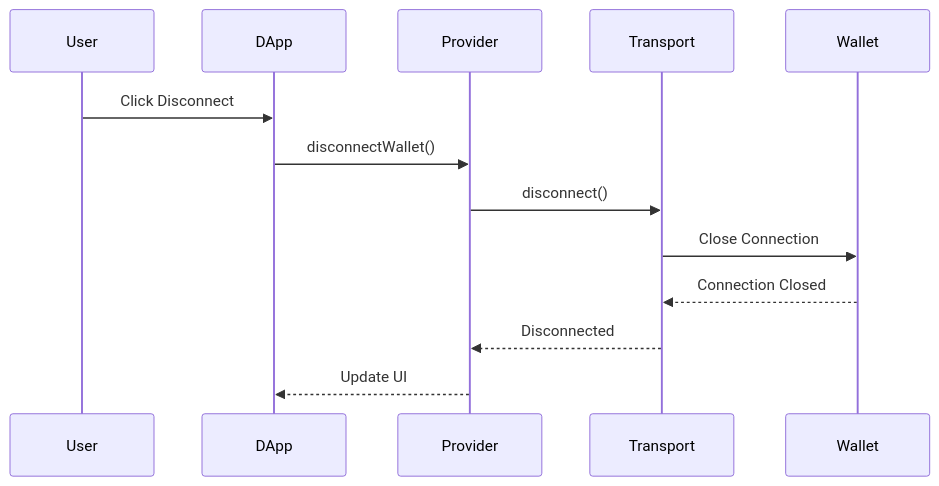
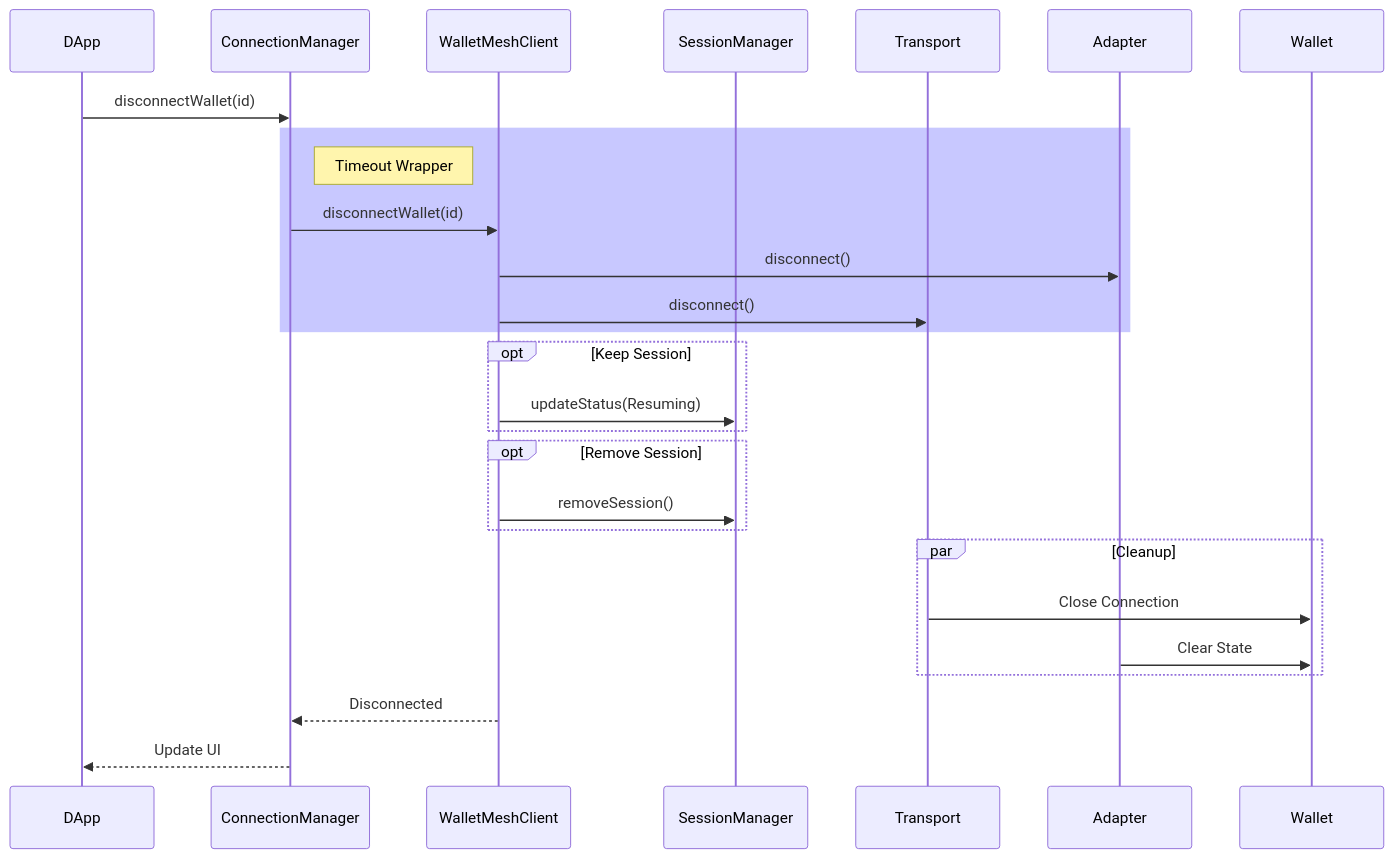
The third of 4 diagrams in core/modal/README.md (WalletMesh/walletmesh-packages), drawn with Mermaid before and after one commit. The commit also changed other lines of this file and 28 other files, not shown here.

Commit message:
fix(modal): Wallet session is resumed on page navigation or refresh

````diff
--- a/core/modal/README.md
+++ b/core/modal/README.md
@@ -90,16 +118,35 @@
 ```mermaid
 sequenceDiagram
-    participant User
     participant DApp
-    participant Provider
+    participant ConnMgr as ConnectionManager
+    participant Client as WalletMeshClient
+    participant Session as SessionManager
     participant Transport
+    participant Adapter
     participant Wallet
 
-    User->>DApp: Click Disconnect
-    DApp->>Provider: disconnectWallet()
-    Provider->>Transport: disconnect()
-    Transport->>Wallet: Close Connection
-    Wallet-->>Transport: Connection Closed
-    Transport-->>Provider: Disconnected
-    Provider-->>DApp: Update UI
+    DApp->>ConnMgr: disconnectWallet(id)
+    
+    rect rgb(200, 200, 255)
+        note right of ConnMgr: Timeout Wrapper
+        ConnMgr->>Client: disconnectWallet(id)
+        Client->>Adapter: disconnect()
+        Client->>Transport: disconnect()
+    end
+
+    opt Keep Session
+        Client->>Session: updateStatus(Resuming)
+    end
+
+    opt Remove Session
+        Client->>Session: removeSession()
+    end
+
+    par Cleanup
+        Transport->>Wallet: Close Connection
+        Adapter->>Wallet: Clear State
+    end
+
+    Client-->>ConnMgr: Disconnected
+    ConnMgr-->>DApp: Update UI
 ```
````
